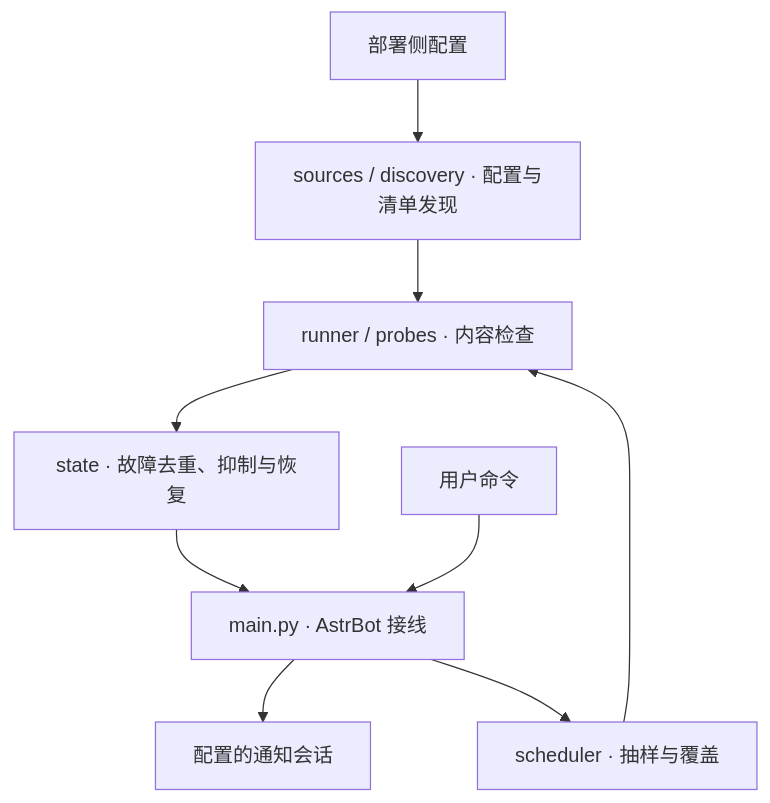
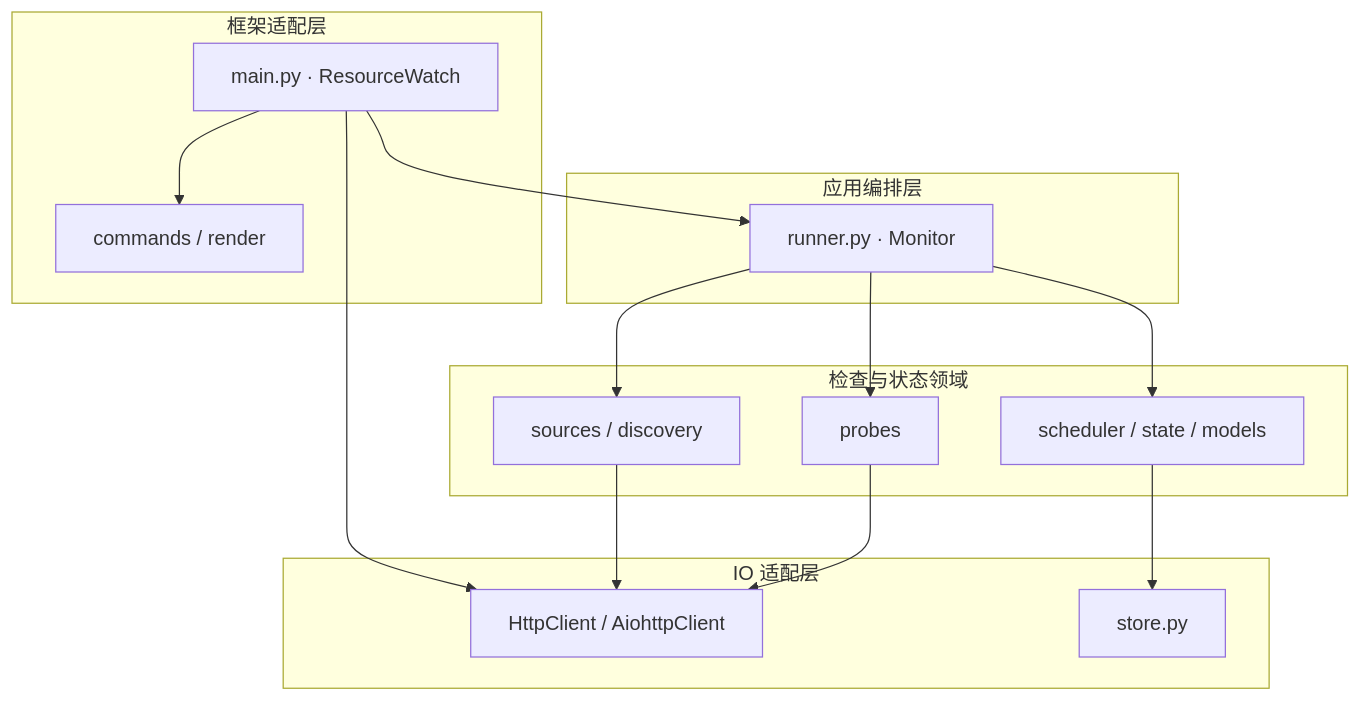
One commit to CyberNova2333/astrbot-resource-monitor changed the diagram in README.md. Above: the diagram before and after it, drawn with Mermaid. The commit also changed other lines of this file, not shown here.

Commit message:
docs(readme): 按实际源码重写分层架构
原架构说明混入了构建发布流程，无法说明代码职责与依赖关系。按现有源码重写分层图和职责表，补充源码入口、调用方向与实现边界，使读者可以从图中追踪到实际模块。

文档: 已更新 README.md 的分层代码架构；已检查源码链接并实际渲染 Mermaid 图表

````diff
--- a/README.md
+++ b/README.md
@@ -19,11 +23,28 @@
 ```mermaid
-flowchart TD
-    Config["部署侧配置"] --> Sources["sources / discovery · 配置与清单发现"]
-    Sources --> Runner["runner / probes · 内容检查"]
-    Schedule["scheduler · 抽样与覆盖"] --> Runner
-    Runner --> State["state · 故障去重、抑制与恢复"]
-    State --> Main["main.py · AstrBot 接线"]
-    Main --> Notify["配置的通知会话"]
-    Commands["用户命令"] --> Main
-    Main --> Schedule
+flowchart TB
+    subgraph L0["框架适配层"]
+        BOT["main.py · ResourceWatch"]
+        CMD["commands / render"]
+    end
+    subgraph L1["应用编排层"]
+        MON["runner.py · Monitor"]
+    end
+    subgraph L2["检查与状态领域"]
+        SOURCE["sources / discovery"]
+        PROBE["probes"]
+        STATE["scheduler / state / models"]
+    end
+    subgraph L3["IO 适配层"]
+        HTTP["HttpClient / AiohttpClient"]
+        STORE["store.py"]
+    end
+    BOT --> CMD
+    BOT --> MON
+    BOT --> HTTP
+    MON --> SOURCE
+    MON --> PROBE
+    MON --> STATE
+    SOURCE --> HTTP
+    PROBE --> HTTP
+    STATE --> STORE
 ```
````
